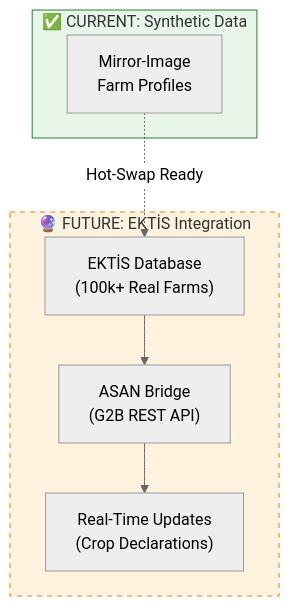
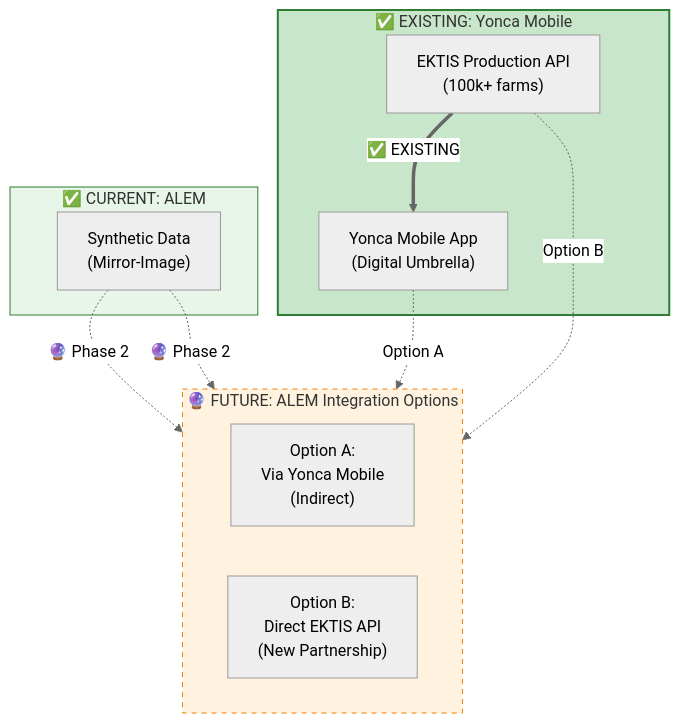
The third of 9 diagrams in docs/zekalab/18-ENTERPRISE-INTEGRATION-ROADMAP.md (Px8Studio/yonja), drawn with Mermaid before and after one commit. The commit also changed other lines of this file and 2 other files, not shown here.

Commit message:
feat: Update architecture and integration roadmap documentation for ALEM, enhancing clarity on existing and future integrations

````diff
--- a/docs/zekalab/18-ENTERPRISE-INTEGRATION-ROADMAP.md
+++ b/docs/zekalab/18-ENTERPRISE-INTEGRATION-ROADMAP.md
@@ -82,19 +82,28 @@
 ```mermaid
 %%{init: {'theme': 'neutral'}}%%
 flowchart TB
-    subgraph current["✅ CURRENT: Synthetic Data"]
-        synthetic["Mirror-Image<br/>Farm Profiles"]
+    subgraph existing["✅ EXISTING: Yonca Mobile"]
+        yonca["Yonca Mobile App<br/>(Digital Umbrella)"]
+        ektis_prod["EKTIS Production API<br/>(100k+ farms)"]
     end
     
-    subgraph future["🔮 FUTURE: EKTİS Integration"]
-        ektis["EKTİS Database<br/>(100k+ Real Farms)"]
-        bridge["ASAN Bridge<br/>(G2B REST API)"]
-        realtime["Real-Time Updates<br/>(Crop Declarations)"]
+    subgraph current["✅ CURRENT: ALEM"]
+        synthetic["Synthetic Data<br/>(Mirror-Image)"]
     end
     
-    synthetic -.->|"Hot-Swap Ready"| ektis
-    ektis --> bridge --> realtime
+    subgraph future["🔮 FUTURE: ALEM Integration Options"]
+        direction LR
+        option_a["Option A:<br/>Via Yonca Mobile<br/>(Indirect)"]
+        option_b["Option B:<br/>Direct EKTIS API<br/>(New Partnership)"]
+    end
     
+    ektis_prod ==>|"✅ EXISTING"| yonca
+    synthetic -.->|"🔮 Phase 2"| option_a
+    synthetic -.->|"🔮 Phase 2"| option_b
+    yonca -.->|"Option A"| option_a
+    ektis_prod -.->|"Option B"| option_b
+    
+    style existing fill:#c8e6c9,stroke:#2e7d32,stroke-width:2px
     style current fill:#e8f5e9,stroke:#2e7d32
     style future fill:#fff3e0,stroke:#f57c00,stroke-dasharray: 5 5
 ```
````
